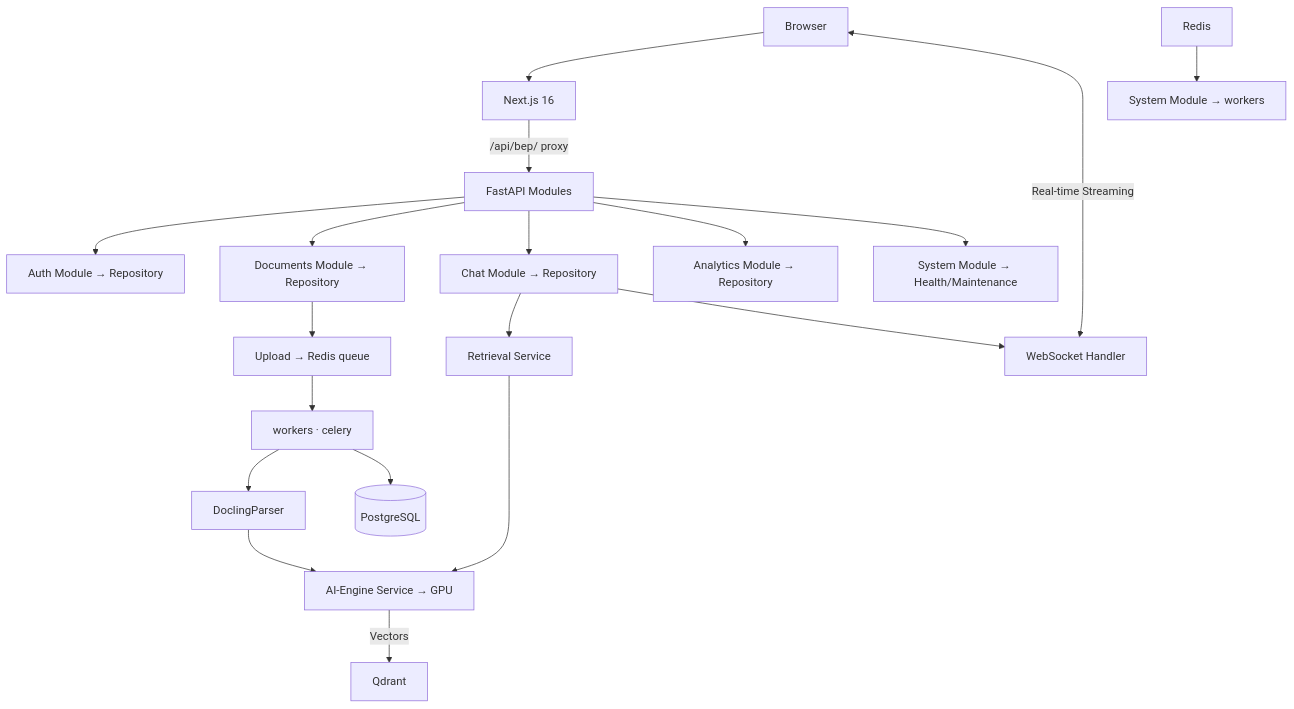
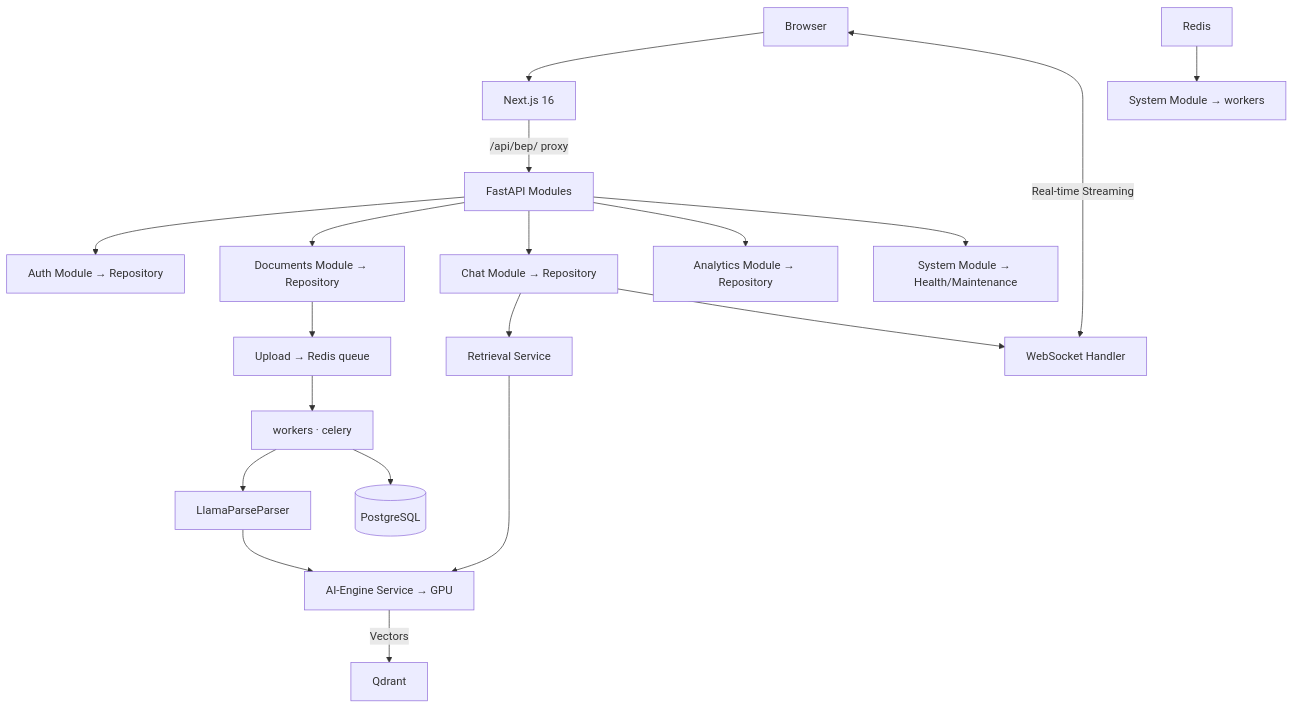
One commit to qtuanph/chatbot-rag changed the diagram in docs/1_ARCHITECTURE.md. Above: the diagram before and after it, drawn with Mermaid. The commit also changed other lines of this file and 44 other files, not shown here.

````diff
--- a/docs/1_ARCHITECTURE.md
+++ b/docs/1_ARCHITECTURE.md
@@ -77,24 +78,24 @@
 ```mermaid
 graph TD
     Client[Browser] --> WebApp[Next.js 16]
     WebApp -->|/api/bep/ proxy| API[FastAPI Modules]
     API --> AuthSvc[Auth Module → Repository]
     API --> DocSvc[Documents Module → Repository]
     API --> ChatSvc[Chat Module → Repository]
     API --> AnalyticSvc[Analytics Module → Repository]
     API --> SystemSvc[System Module → Health/Maintenance]
 
     ChatSvc --> Retriever[Retrieval Service]
     ChatSvc --> WebSocketSvc[WebSocket Handler]
     Retriever --> AI_Engine[AI-Engine Service → GPU]
     AI_Engine -->|Vectors| Qdrant
 
     WebSocketSvc <-->|Real-time Streaming| Client
 
     DocSvc --> Upload[Upload → Redis queue]
     Upload --> Worker[workers · celery]
-    Worker --> Parser[DoclingParser]
+    Worker --> Parser[LlamaParseParser]
     Parser --> AI_Engine
     Worker --> DB[(PostgreSQL)]
     Redis --> Cleanup[System Module → workers]
 ```
````
